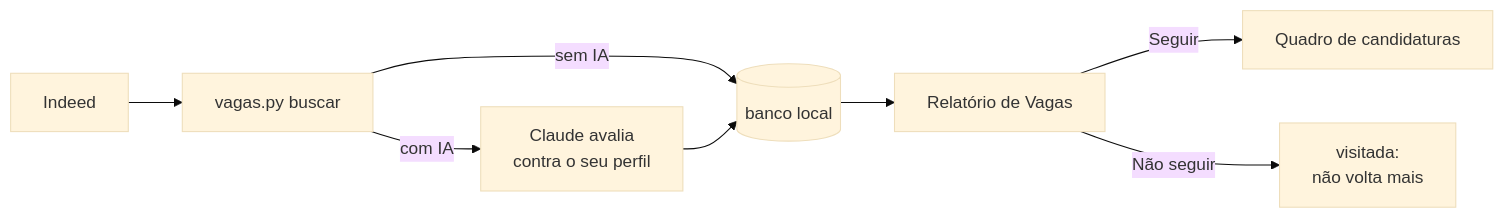
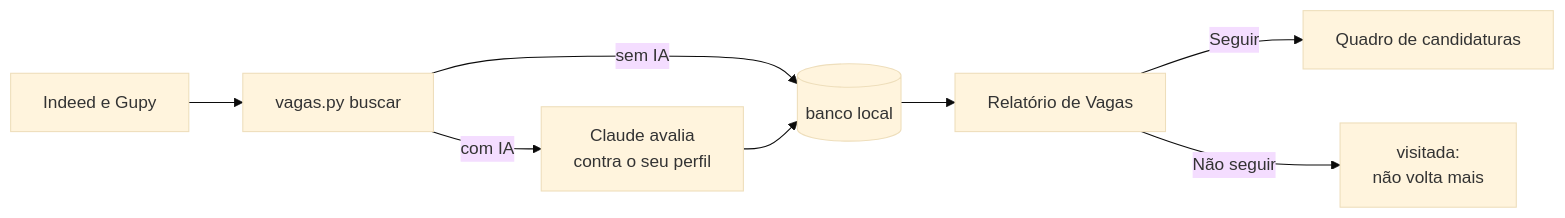
The diagram in README.md (SouMarcel/meu-proximo-trampo), drawn with Mermaid (base theme) before and after one commit. The commit also changed other lines of this file and 12 other files, not shown here.

````diff
--- a/README.md
+++ b/README.md
@@ -56,10 +58,10 @@
 ```mermaid
 flowchart LR
-  A[Indeed] --> B[vagas.py buscar]
+  A[Indeed e Gupy] --> B[vagas.py buscar]
   B -->|sem IA| D[(banco local)]
   B -->|com IA| C[Claude avalia<br/>contra o seu perfil]
   C --> D
   D --> E[Relatório de Vagas]
   E -->|Seguir| F[Quadro de candidaturas]
   E -->|Não seguir| G[visitada:<br/>não volta mais]
 ```
````
